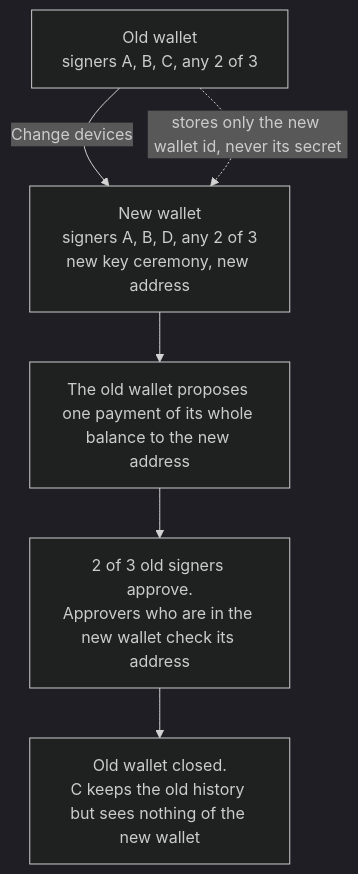
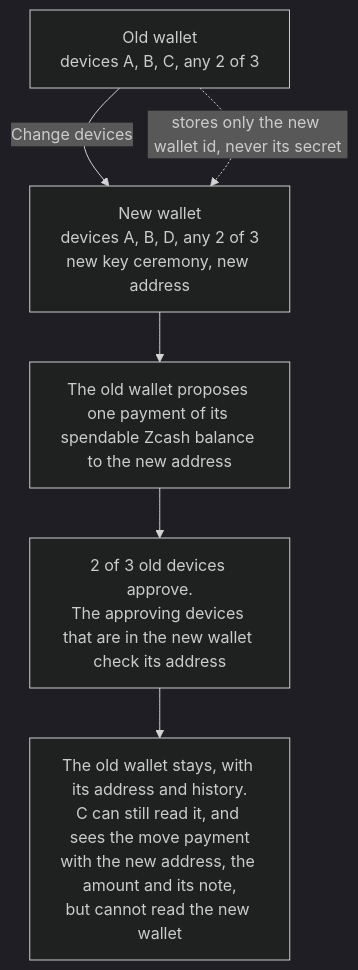
The fourth of 4 diagrams in README.md (devzigs/zigs), drawn with Mermaid (dark theme) before and after one commit. The commit also changed other lines of this file and 6 other files, not shown here.

First line of the commit message:
Say what a device left out of a new wallet still sees

````diff
--- a/README.md
+++ b/README.md
@@ -275,8 +276,8 @@
 ```mermaid
 flowchart TD
-  A["Old wallet<br/>signers A, B, C, any 2 of 3"] -->|Change devices| B["New wallet<br/>signers A, B, D, any 2 of 3<br/>new key ceremony, new address"]
+  A["Old wallet<br/>devices A, B, C, any 2 of 3"] -->|Change devices| B["New wallet<br/>devices A, B, D, any 2 of 3<br/>new key ceremony, new address"]
   A -.->|stores only the new wallet id, never its secret| B
-  B --> C["The old wallet proposes one payment of its whole balance to the new address"]
-  C --> D["2 of 3 old signers approve.<br/>Approvers who are in the new wallet check its address"]
-  D --> E["Old wallet closed.<br/>C keeps the old history but sees nothing of the new wallet"]
+  B --> C["The old wallet proposes one payment of its spendable Zcash balance to the new address"]
+  C --> D["2 of 3 old devices approve.<br/>The approving devices that are in the new wallet check its address"]
+  D --> E["The old wallet stays, with its address and history.<br/>C can still read it, and sees the move payment<br/>with the new address, the amount and its note,<br/>but cannot read the new wallet"]
 ```
````
